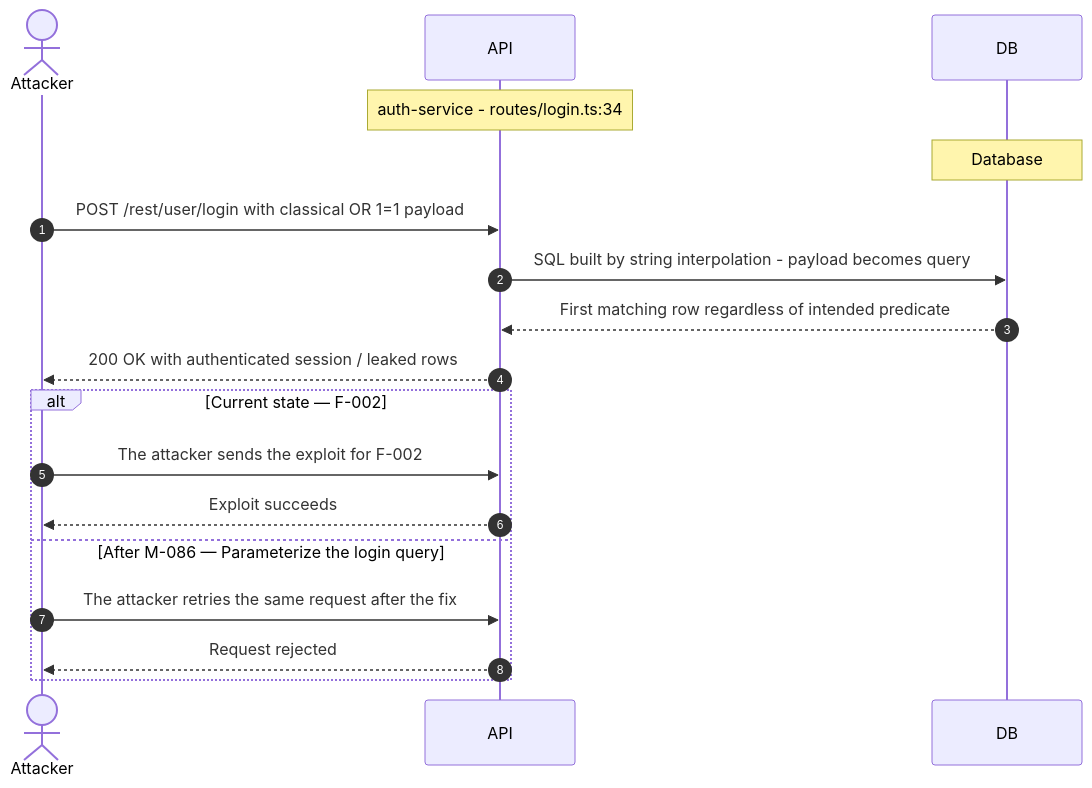
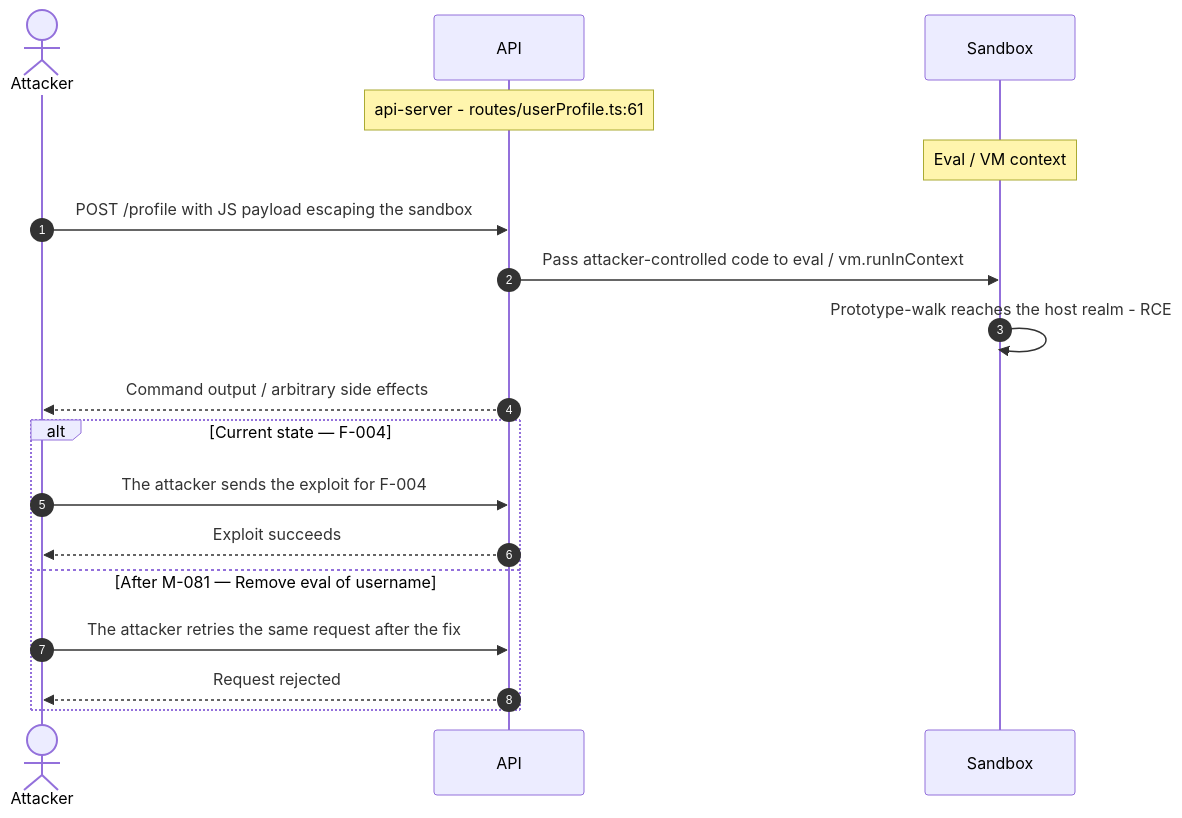
One commit to appsec-foundry/appsec-advisor-examples changed the fourth of 14 diagrams in threat-modeler/threat-model-juice-shop-thorough-v0.6.0b4.md. Above: the diagram before and after it, drawn with Mermaid. The commit also changed other lines of this file and 11 other files, not shown here.

````diff
--- a/threat-modeler/threat-model-juice-shop-thorough-v0.6.0b4.md
+++ b/threat-modeler/threat-model-juice-shop-thorough-v0.6.0b4.md
@@ -558,20 +472,20 @@
 ```mermaid
 sequenceDiagram
     autonumber
     actor Attacker
     participant API
-    participant DB
-    Note over API: auth-service - routes/login.ts:34
-    Note over DB: Database
-    Attacker->>API: POST /rest/user/login with classical OR 1=1 payload
-    API->>DB: SQL built by string interpolation - payload becomes query
-    DB-->>API: First matching row regardless of intended predicate
-    API-->>Attacker: 200 OK with authenticated session / leaked rows
-    alt Current state — F-002
-        Attacker->>API: The attacker sends the exploit for F-002
+    participant Sandbox
+    Note over API: api-server - routes/userProfile.ts:61
+    Note over Sandbox: Eval / VM context
+    Attacker->>API: POST /profile with JS payload escaping the sandbox
+    API->>Sandbox: Pass attacker-controlled code to eval / vm.runInContext
+    Sandbox->>Sandbox: Prototype-walk reaches the host realm - RCE
+    API-->>Attacker: Command output / arbitrary side effects
+    alt Current state — F-004
+        Attacker->>API: The attacker sends the exploit for F-004
         API-->>Attacker: Exploit succeeds
-    else After M-086 — Parameterize the login query
+    else After M-081 — Remove eval of username
         Attacker->>API: The attacker retries the same request after the fix
         API-->>Attacker: Request rejected
     end
 ```
````
